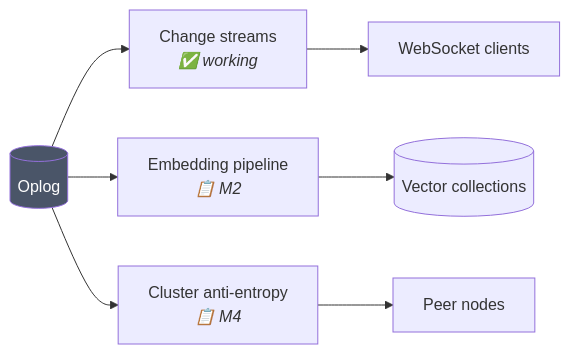
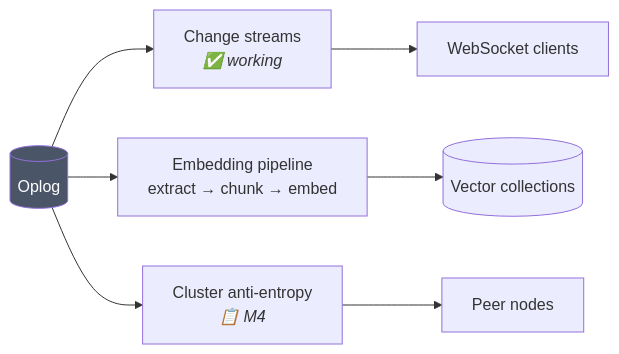
One commit to titusai-io/kimmydb changed the second of 5 diagrams in docs/architecture.md. Above: the diagram before and after it, drawn with Mermaid. The commit also changed other lines of this file and 22 other files, not shown here.

````diff
--- a/docs/architecture.md
+++ b/docs/architecture.md
@@ -42,14 +42,14 @@
 ```mermaid
 graph LR
     OPL[(Oplog)]
 
     OPL --> CS["Change streams<br/><i>✅ working</i>"]
-    OPL --> EMB["Embedding pipeline<br/><i>📋 M2</i>"]
+    OPL --> EMB["Embedding pipeline<br/>extract → chunk → embed"]
     OPL --> AE["Cluster anti-entropy<br/><i>📋 M4</i>"]
 
     CS --> WS[WebSocket clients]
     EMB --> VEC[(Vector collections)]
     AE --> PEER[Peer nodes]
 
     style OPL fill:#4a5568,color:#fff
 ```
````
